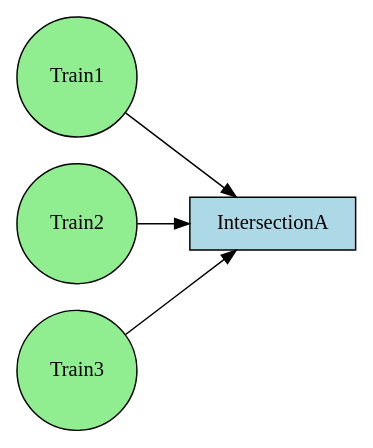
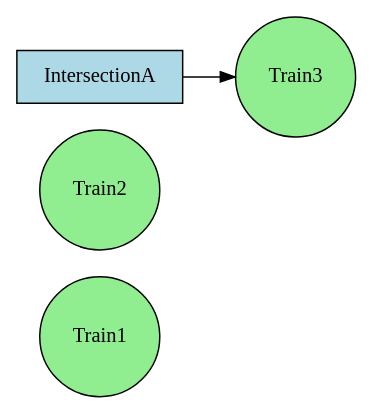
One commit to Epsilon157/Group-D changed the diagram in rag.dot. Above: the diagram before and after it, drawn with Graphviz. The commit also changed 18 other files, not shown here.

```diff
--- a/rag.dot
+++ b/rag.dot
@@ -1,10 +1,8 @@
 digraph RAG {
   rankdir=LR;
   node [shape=rectangle, style=filled, fillcolor=lightblue];
   "Train1" [shape=circle, fillcolor=lightgreen];
-  "Train1" -> "IntersectionA";
   "Train2" [shape=circle, fillcolor=lightgreen];
-  "Train2" -> "IntersectionA";
   "Train3" [shape=circle, fillcolor=lightgreen];
-  "Train3" -> "IntersectionA";
+  "IntersectionA" -> "Train3";
 }
```
